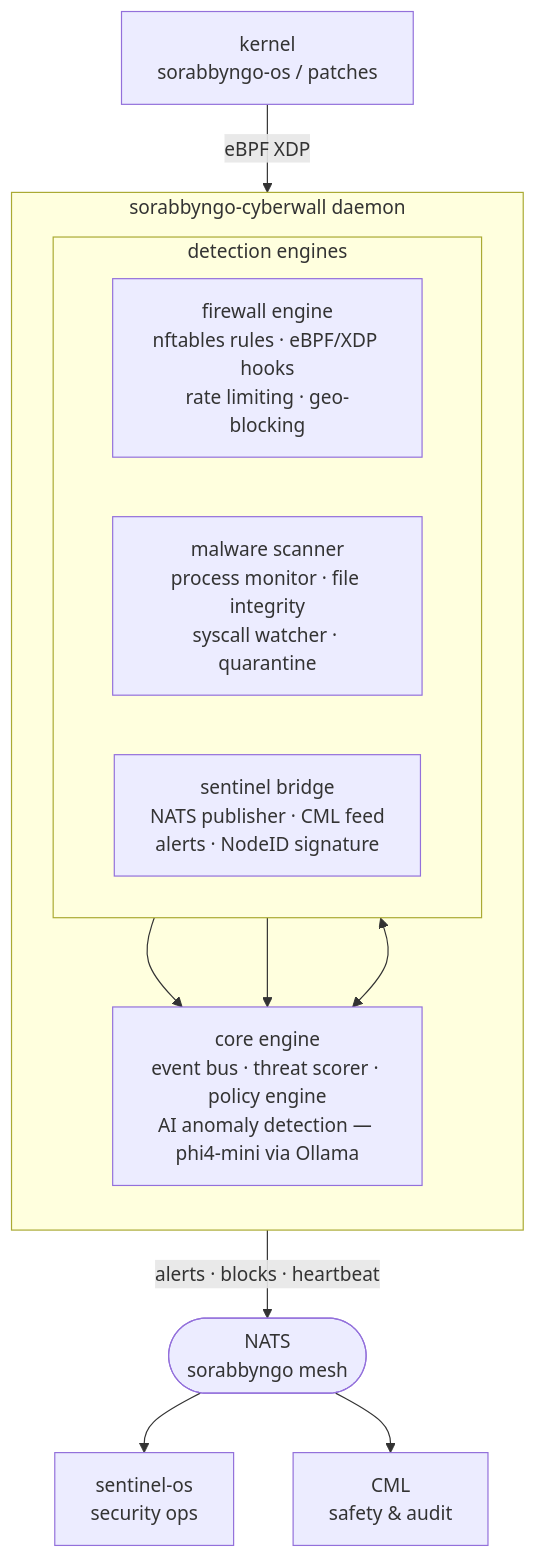
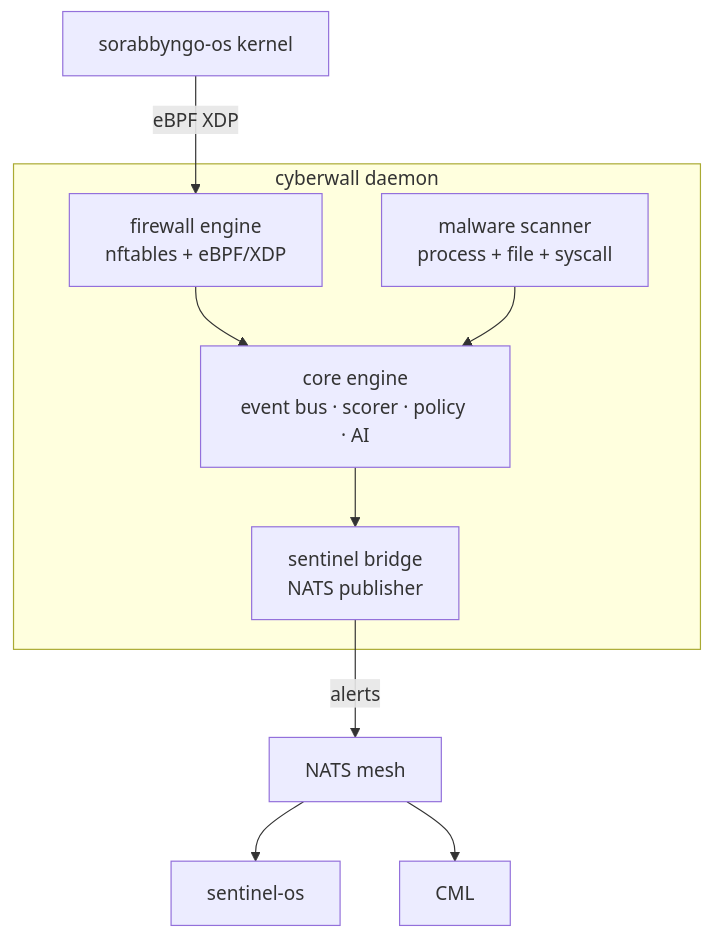
One commit to sorabbyngo-os/sorabbyngo-cyberwall changed the diagram in README.md. Above: the diagram before and after it, drawn with Mermaid. The commit also changed other lines of this file, not shown here.

Commit message:
docs: tighten README, fix Mermaid rendering

````diff
--- a/README.md
+++ b/README.md
@@ -23,29 +18,19 @@
 ```mermaid
 graph TD
-    subgraph daemon["sorabbyngo-cyberwall daemon"]
-        direction TB
+    KERNEL["sorabbyngo-os kernel"] -->|eBPF XDP| FW
 
-        subgraph engines["detection engines"]
-            direction LR
-            FW["firewall engine\nnftables rules · eBPF/XDP hooks\nrate limiting · geo-blocking"]
-            MS["malware scanner\nprocess monitor · file integrity\nsyscall watcher · quarantine"]
-            SB["sentinel bridge\nNATS publisher · CML feed\nalerts · NodeID signature"]
-        end
-
-        CORE["core engine\nevent bus · threat scorer · policy engine\nAI anomaly detection — phi4-mini via Ollama"]
+    subgraph cw["cyberwall daemon"]
+        FW["firewall engine\nnftables + eBPF/XDP"]
+        MS["malware scanner\nprocess + file + syscall"]
+        SB["sentinel bridge\nNATS publisher"]
+        CORE["core engine\nevent bus · scorer · policy · AI"]
 
         FW --> CORE
         MS --> CORE
-        SB <--> CORE
+        CORE --> SB
     end
 
-    NATS(["NATS\nsorabbyngo mesh"])
-    SENTINEL["sentinel-os\nsecurity ops"]
-    CML["CML\nsafety & audit"]
-    KERNEL["kernel\nsorabbyngo-os / patches"]
-
-    KERNEL -->|"eBPF XDP"| FW
-    CORE -->|"alerts · blocks · heartbeat"| NATS
-    NATS --> SENTINEL
-    NATS --> CML
+    SB -->|alerts| NATS["NATS mesh"]
+    NATS --> SENTINEL["sentinel-os"]
+    NATS --> CML["CML"]
 ```
````
